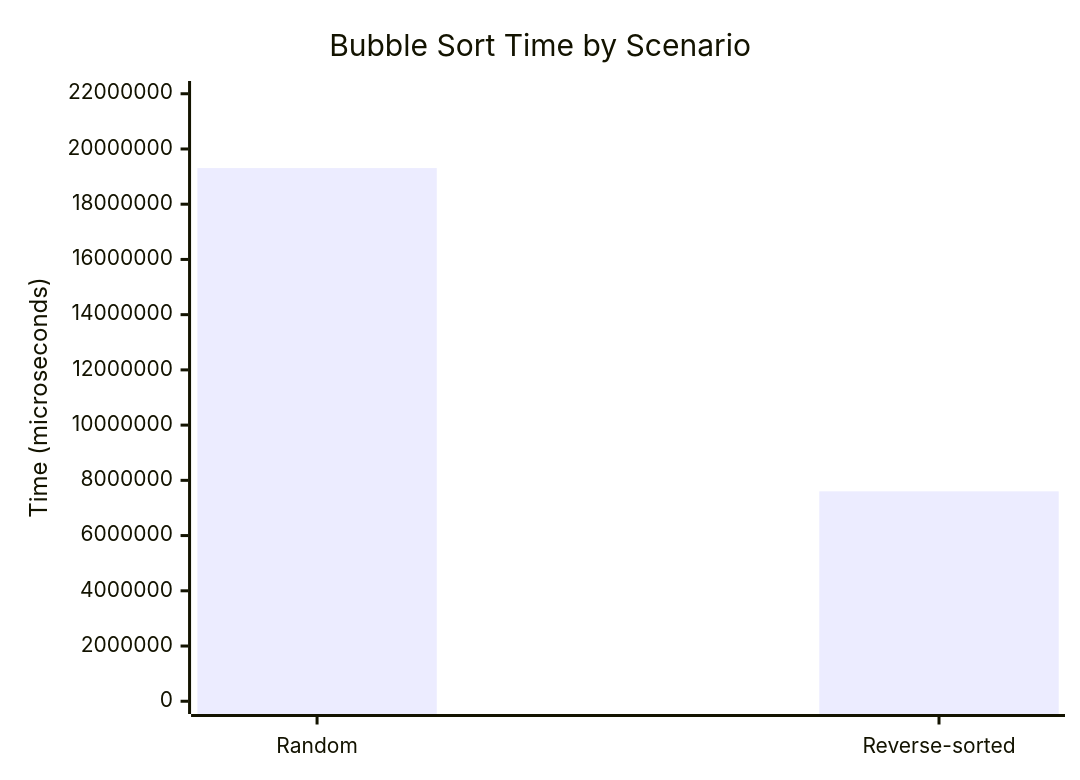
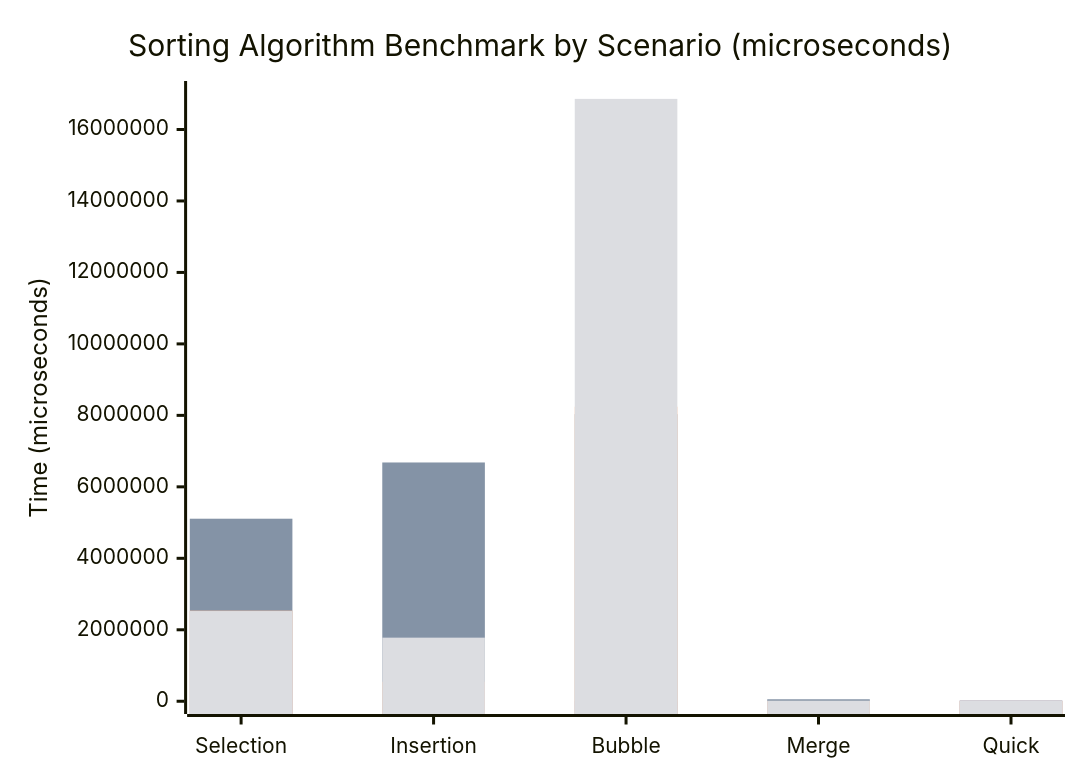
The diagram in README.md (Aptuo/Benchmark-Algorithms-Sorting), drawn with Mermaid before and after one commit. The commit also changed other lines of this file, not shown here.

Commit message:
Add latest sorting benchmark results and chart

````diff
--- a/README.md
+++ b/README.md
@@ -25,7 +24,10 @@
 ```mermaid
 xychart-beta
-    title "Bubble Sort Time by Scenario"
-    x-axis ["Random", "Reverse-sorted"]
-    y-axis "Time (microseconds)" 0 --> 22000000
-    bar [19308905.708, 7602108.173]
+    title "Sorting Algorithm Benchmark by Scenario (microseconds)"
+    x-axis ["Selection", "Insertion", "Bubble", "Merge", "Quick"]
+    y-axis "Time (microseconds)" 0 --> 17000000
+    bar "Sorted" [1417768, 1888, 1853, 16430, 27389]
+    bar "Reverse" [5108022, 6681888, 8034224, 55391, 18526]
+    bar "Partial" [2534388, 545433, 8242685, 7767, 11500]
+    bar "Random" [2523922, 1779466, 16856373, 14543, 13493]
 ```
````
